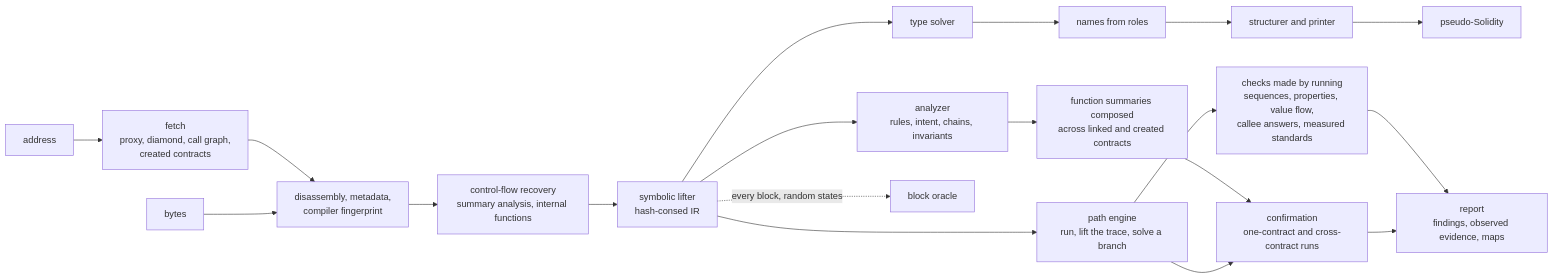
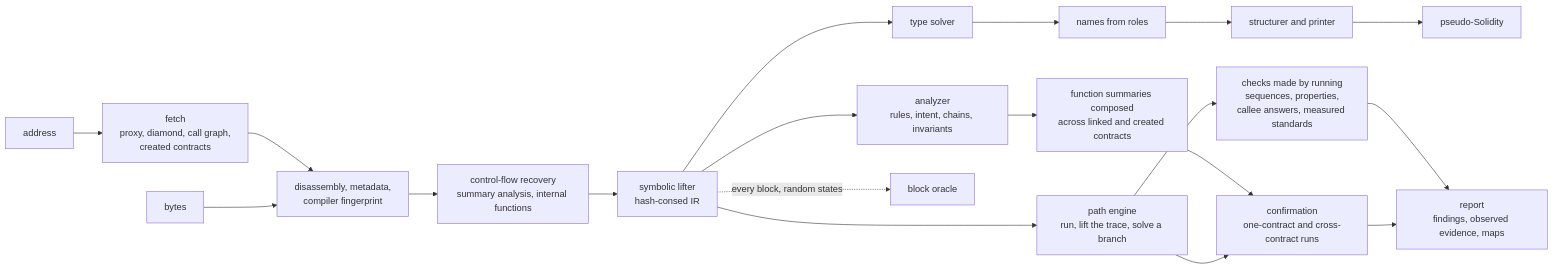
Before and after one commit to rink3y/Evmdec: the first of 2 diagrams in README.md, drawn with Mermaid. The commit also changed other lines of this file, not shown here.

Commit message:
Describe the moved checks and the world's assumptions in the README

````diff
--- a/README.md
+++ b/README.md
@@ -18,21 +18,21 @@
 ```mermaid
 flowchart LR
     A0[address] --> A1[fetch<br/>proxy, diamond, call graph,<br/>created contracts]
     A1 --> B
     A[bytes] --> B[disassembly, metadata,<br/>compiler fingerprint]
     B --> C[control-flow recovery<br/>summary analysis, internal functions]
     C --> D[symbolic lifter<br/>hash-consed IR]
     D --> E[type solver]
     E --> N[names from roles]
     N --> F[structurer and printer]
     F --> G[pseudo-Solidity]
     D --> H[analyzer<br/>rules, intent, chains, invariants]
     H --> S[function summaries composed<br/>across linked and created contracts]
     S --> I[confirmation<br/>one-contract and cross-contract runs]
     D --> P[path engine<br/>run, lift the trace, solve a branch]
-    P --> Q[checks made by running<br/>sequences, properties, value flow,<br/>callee answers, measured standards]
+    P --> Q[checks made by running<br/>sequences, properties,<br/>callee answers, measured standards]
     P --> I
     Q --> J
     I --> J[report<br/>findings, observed evidence, maps]
     D -. every block, random states .-> K[block oracle]
 ```
````
